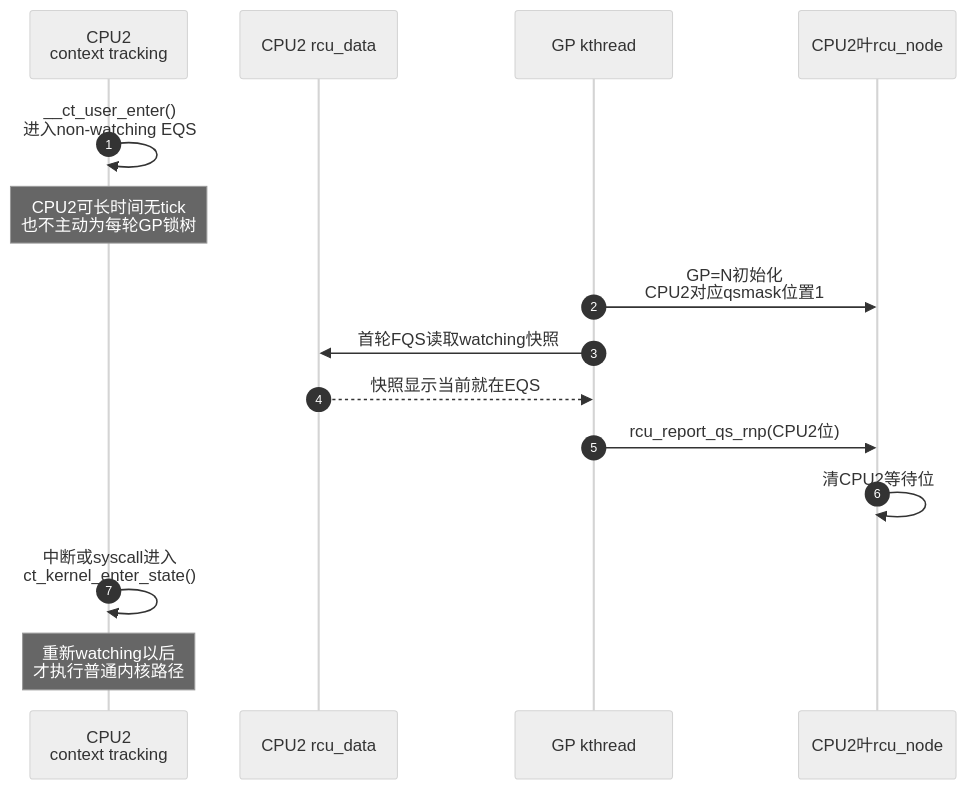
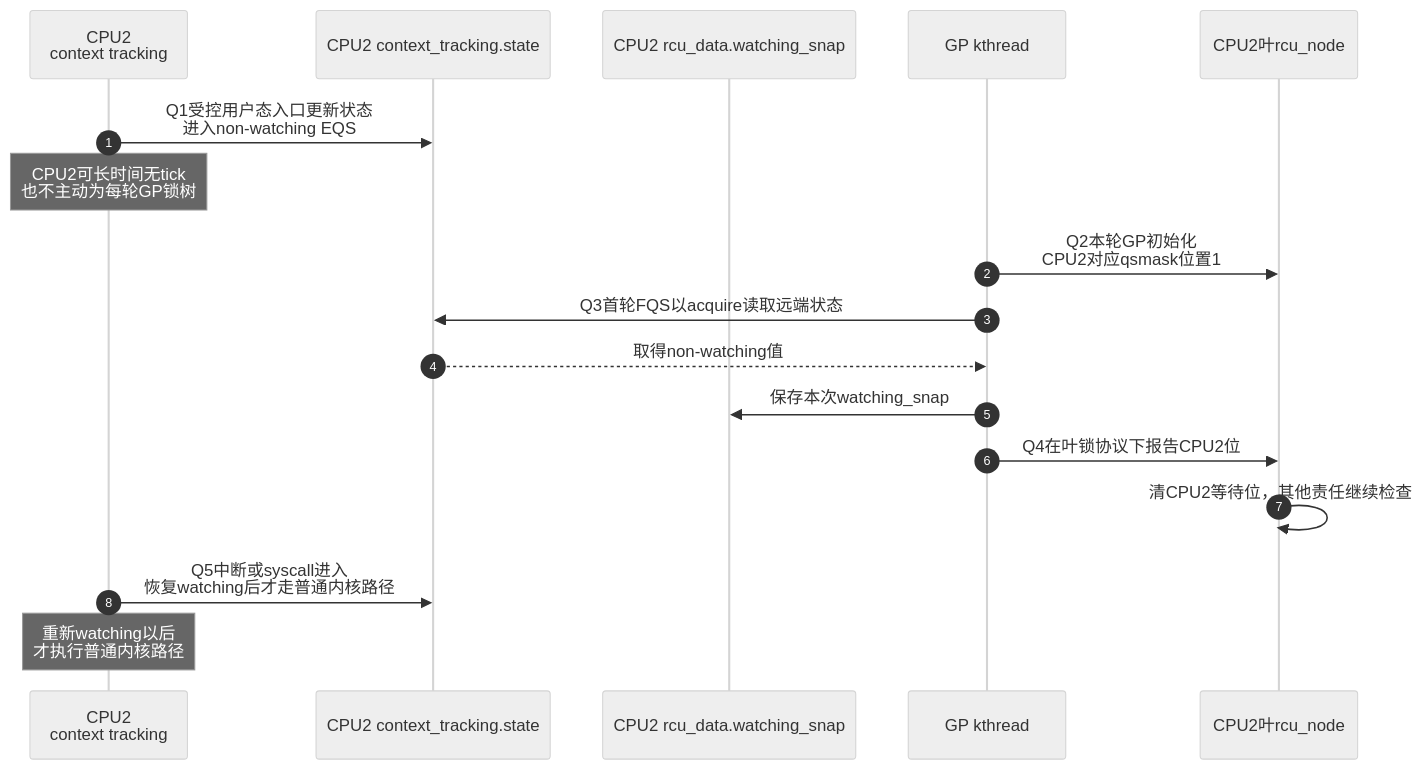
Before and after one commit to FormingSystem/linux_note: the third of 3 diagrams in knowledge/linux/synchronization_and_asynchrony/synchronization/rcu/P09_Tree_RCU_QS_EQS与Context_Tracking.md, drawn with Mermaid (neutral theme). The commit also changed other lines of this file and 2 other files, not shown here.

First line of the commit message:
content(rcu/proof): 补全执行环境快照与分层汇聚证明

````diff
--- a/knowledge/linux/synchronization_and_asynchrony/synchronization/rcu/P09_Tree_RCU_QS_EQS与Context_Tracking.md
+++ b/knowledge/linux/synchronization_and_asynchrony/synchronization/rcu/P09_Tree_RCU_QS_EQS与Context_Tracking.md
@@ -161,21 +188,23 @@
 ```mermaid
 sequenceDiagram
     autonumber
 
     participant C as CPU2<br/>context tracking
-    participant D as CPU2 rcu_data
+    participant T as CPU2 context_tracking.state
+    participant D as CPU2 rcu_data.watching_snap
     participant G as GP kthread
     participant L as CPU2叶rcu_node
 
-    C->>C: __ct_user_enter()<br/>进入non-watching EQS
+    C->>T: Q1受控用户态入口更新状态<br/>进入non-watching EQS
     Note over C: CPU2可长时间无tick<br/>也不主动为每轮GP锁树
 
-    G->>L: GP=N初始化<br/>CPU2对应qsmask位置1
-    G->>D: 首轮FQS读取watching快照
-    D-->>G: 快照显示当前就在EQS
-    G->>L: rcu_report_qs_rnp(CPU2位)
-    L->>L: 清CPU2等待位
+    G->>L: Q2本轮GP初始化<br/>CPU2对应qsmask位置1
+    G->>T: Q3首轮FQS以acquire读取远端状态
+    T-->>G: 取得non-watching值
+    G->>D: 保存本次watching_snap
+    G->>L: Q4在叶锁协议下报告CPU2位
+    L->>L: 清CPU2等待位，其他责任继续检查
 
-    C->>C: 中断或syscall进入<br/>ct_kernel_enter_state()
+    C->>T: Q5中断或syscall进入<br/>恢复watching后才走普通内核路径
     Note over C: 重新watching以后<br/>才执行普通内核路径
 ```
````
